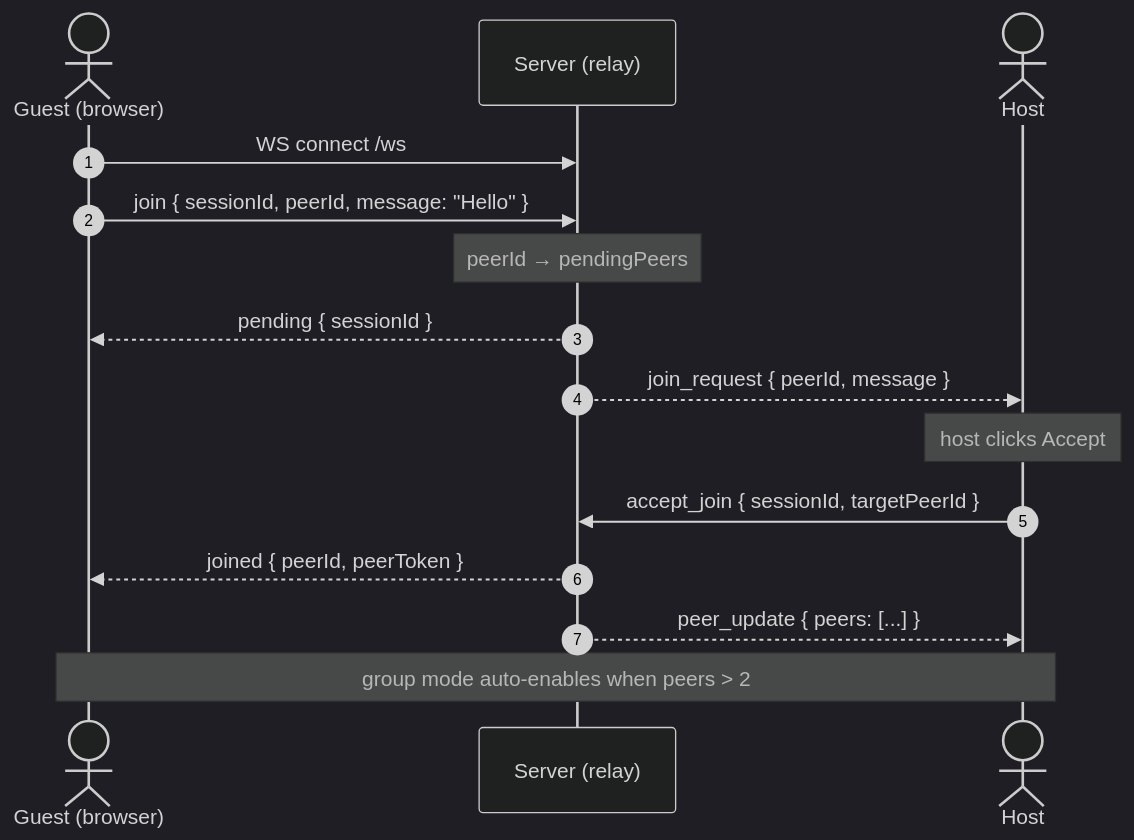
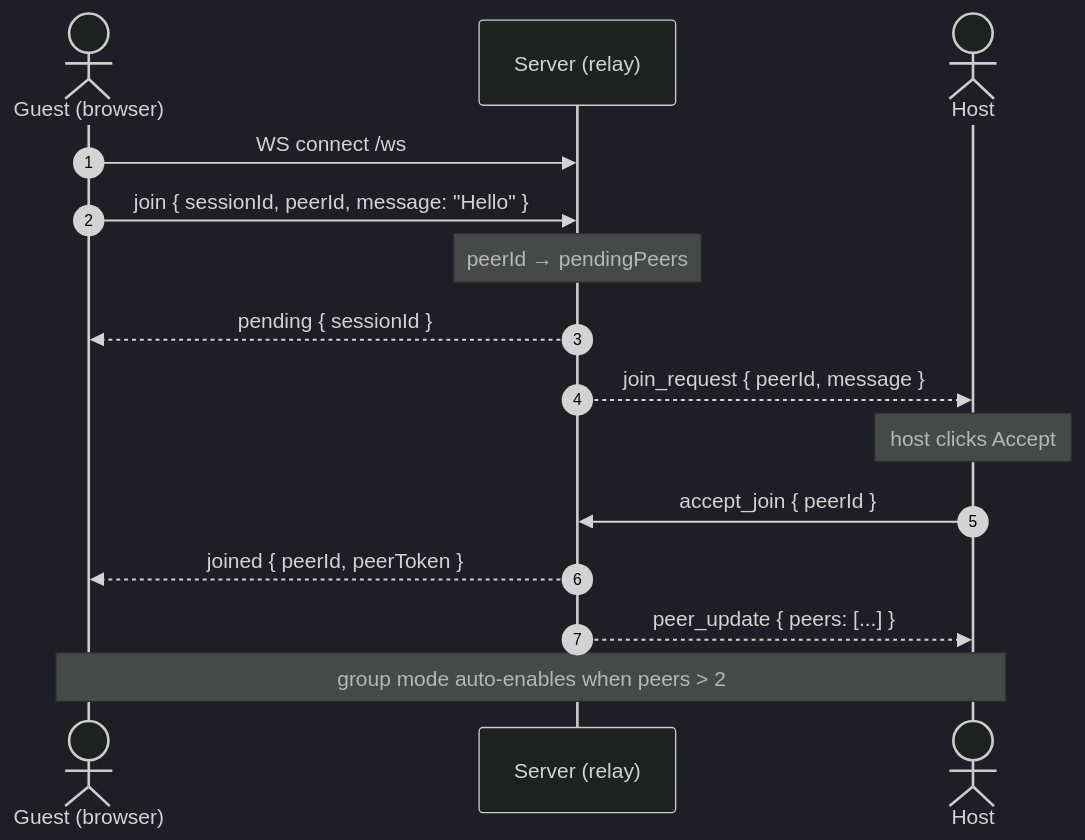
Before and after one commit to quantum-bunker/Quantum_bunker: the third of 19 diagrams in docs/diagrams/workflows.md, drawn with Mermaid (dark theme). The commit also changed 1 other file, not shown here.

Commit message:
docs: correct the host-command wire shape
accept_join, reject_join and kick_peer are documented as
{ sessionId, targetPeerId }. Both sides send and read { peerId }, and no
sessionId is on the frame at all — the server uses the session already bound
to the socket. kick_peer additionally requires a group session, which was not
recorded anywhere.

````diff
--- a/docs/diagrams/workflows.md
+++ b/docs/diagrams/workflows.md
@@ -93,19 +93,19 @@
 ```mermaid
 sequenceDiagram
     autonumber
     actor B as Guest (browser)
     participant S as Server (relay)
     actor A as Host
 
     B->>S: WS connect /ws
     B->>S: join { sessionId, peerId, message: "Hello" }
     Note over S: peerId → pendingPeers
     S-->>B: pending { sessionId }
     S-->>A: join_request { peerId, message }
 
     Note over A: host clicks Accept
-    A->>S: accept_join { sessionId, targetPeerId }
+    A->>S: accept_join { peerId }
     S-->>B: joined { peerId, peerToken }
     S-->>A: peer_update { peers: [...] }
     Note over A,B: group mode auto-enables when peers > 2
 ```
````
